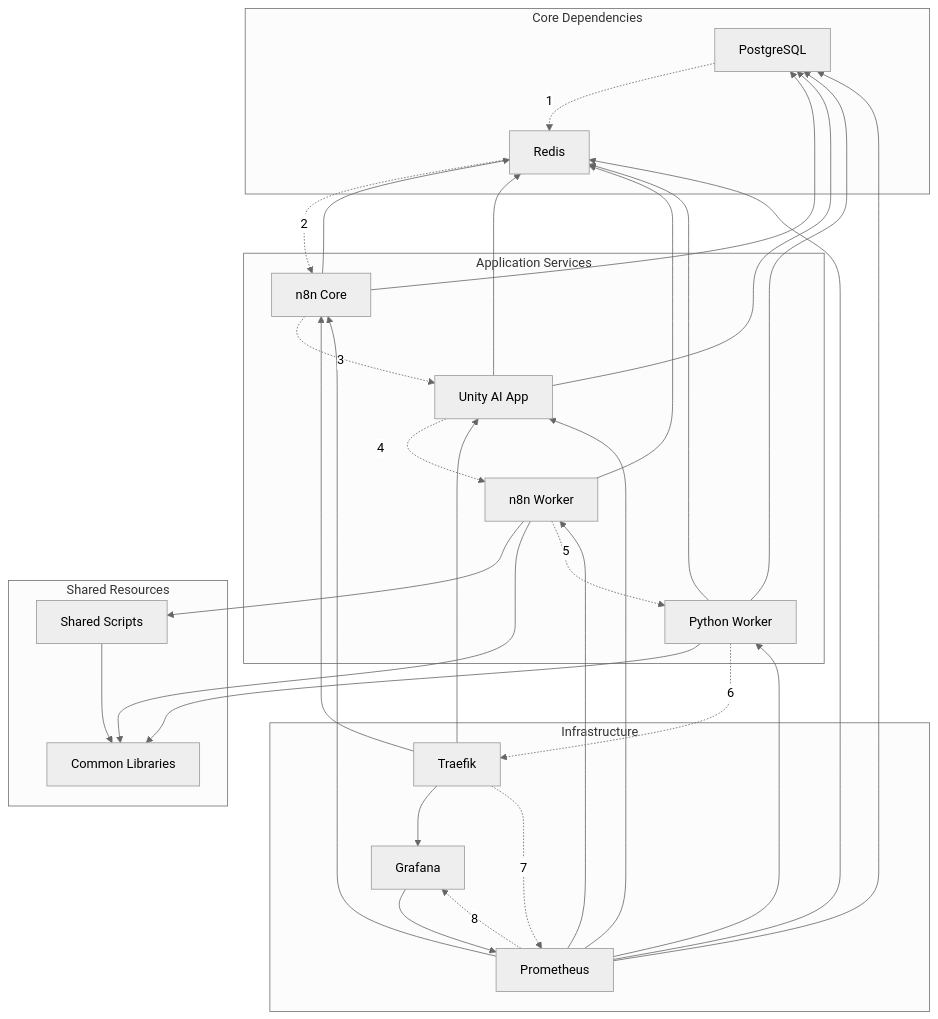
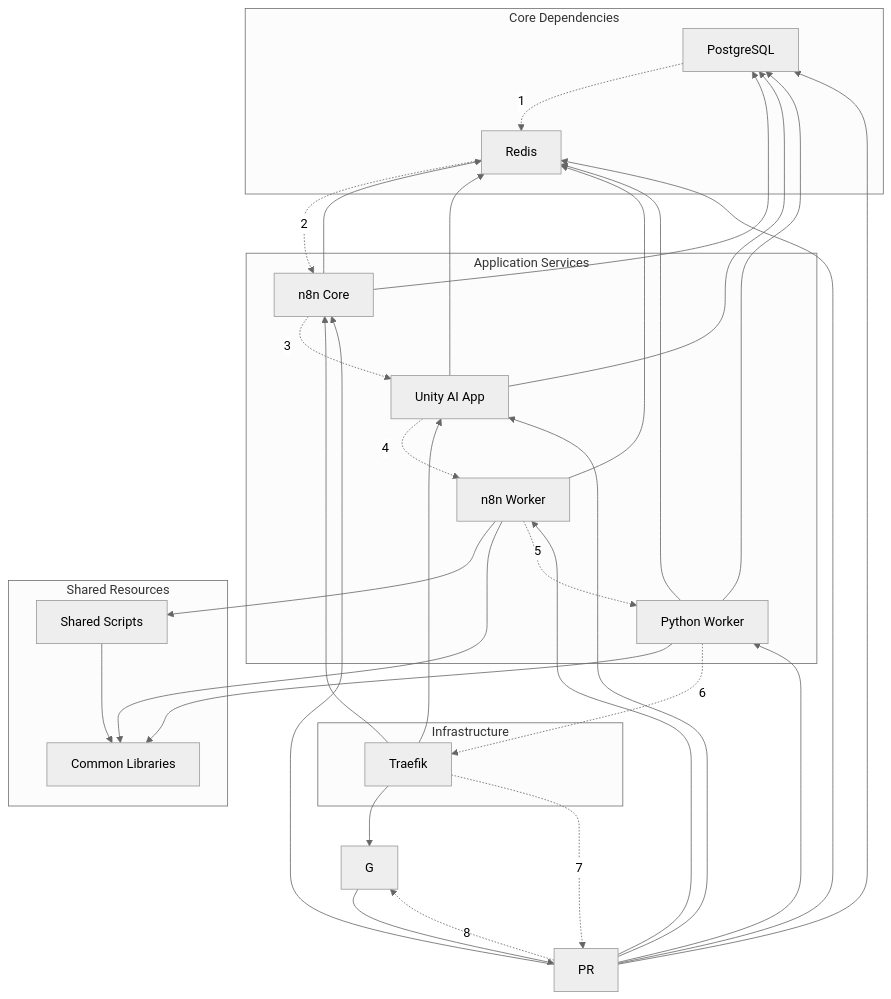
Before and after one commit to Flissel/unity-ai-platform-clean: the fourth of 7 diagrams in docs/architecture-mermaid.md, drawn with Mermaid (neutral theme). The commit also changed other lines of this file and 95 other files, not shown here.

First line of the commit message:
refactor(monitoring): remove Prometheus and Grafana integration

````diff
--- a/docs/architecture-mermaid.md
+++ b/docs/architecture-mermaid.md
@@ -261,58 +152,57 @@
 ```mermaid
 graph TD
     subgraph "Core Dependencies"
         P[PostgreSQL]
         R[Redis]
     end
     
     subgraph "Application Services"
         UA[Unity AI App]
         N8N[n8n Core]
         NW[n8n Worker]
         PW[Python Worker]
     end
     
     subgraph "Infrastructure"
         T[Traefik]
-        PR[Prometheus]
-        G[Grafana]
+
     end
     
     subgraph "Shared Resources"
         S[Shared Scripts]
         L[Common Libraries]
     end
     
     %% Dependencies
     UA --> P
     UA --> R
     N8N --> P
     N8N --> R
     NW --> R
     NW --> S
     NW --> L
     PW --> R
     PW --> P
     PW --> L
     T --> UA
     T --> N8N
     T --> G
     PR --> UA
     PR --> N8N
     PR --> NW
     PR --> PW
     PR --> P
     PR --> R
     G --> PR
     S --> L
     
     %% Startup Order
     P -.->|1| R
     R -.->|2| N8N
     N8N -.->|3| UA
     UA -.->|4| NW
     NW -.->|5| PW
     PW -.->|6| T
     T -.->|7| PR
     PR -.->|8| G
 ```
````
